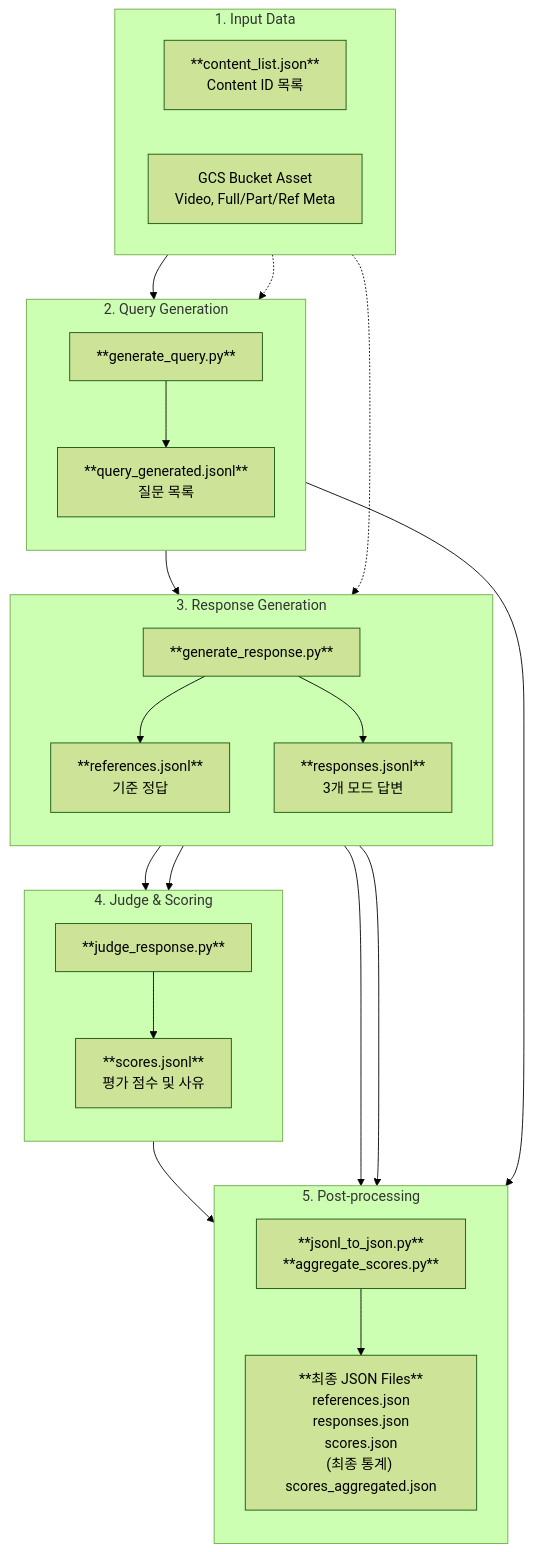
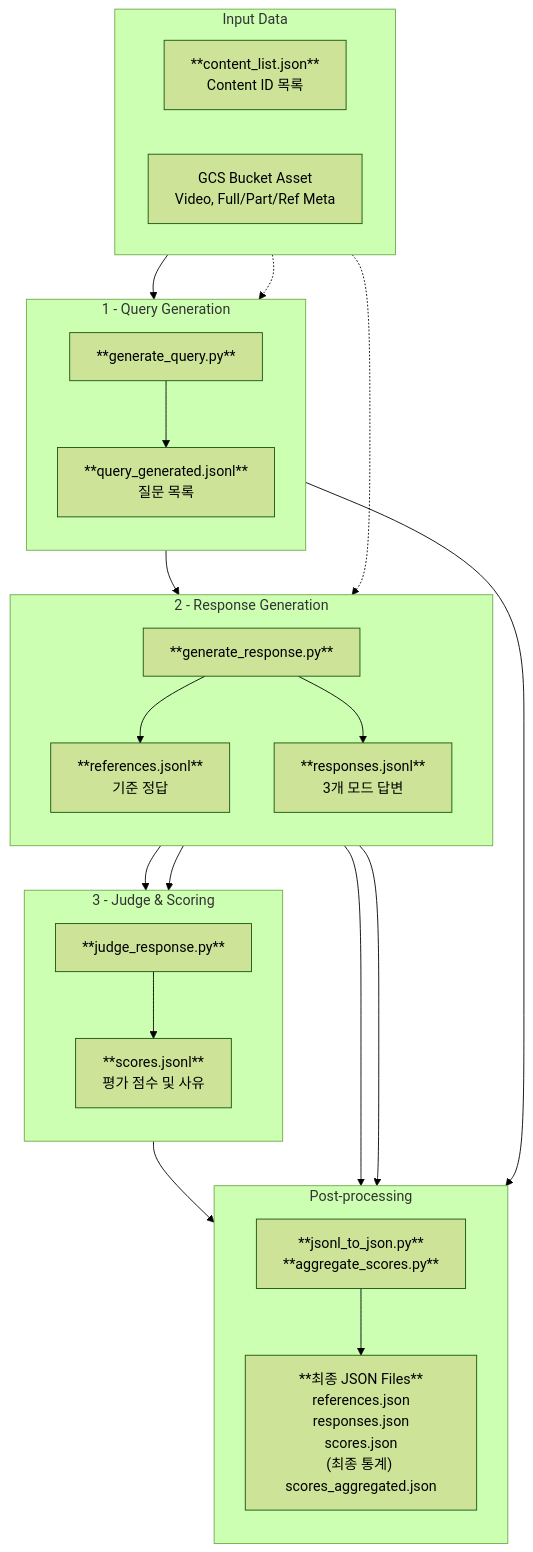
The diagram in README.md (obeychoi0120/LLMJudge), drawn with Mermaid (forest theme) before and after one commit.

````diff
--- a/README.md
+++ b/README.md
@@ -13,52 +13,52 @@
 ```mermaid
 flowchart TD
-    subgraph INPUT["1. Input Data"]
+    subgraph INPUT["Input Data"]
         direction LR
         CL["**content_list.json**<br/>Content ID 목록"]
         GCS["GCS Bucket Asset<br/>Video, Full/Part/Ref Meta"]
     end
 
-    subgraph STEP1["2. Query Generation"]
+    subgraph STEP1["1 - Query Generation"]
         direction TB
         Q_SCRIPT["**generate_query.py**"]
         Q_OUT["**query_generated.jsonl**<br/>질문 목록"]
     end
 
-    subgraph STEP2["3. Response Generation"]
+    subgraph STEP2["2 - Response Generation"]
         direction TB
         R_SCRIPT["**generate_response.py**"]
         R_OUT1["**references.jsonl**<br/>기준 정답"]
         R_OUT2["**responses.jsonl**<br/>3개 모드 답변"]
     end
 
-    subgraph STEP3["4. Judge & Scoring"]
+    subgraph STEP3["3 - Judge & Scoring"]
         direction TB
         J_SCRIPT["**judge_response.py**"]
         J_OUT["**scores.jsonl**<br/>평가 점수 및 사유"]
     end
 
-    subgraph STEP4["5. Post-processing"]
+    subgraph STEP4["Post-processing"]
         direction TB
         A_SCRIPT["**jsonl_to_json.py**<br/>**aggregate_scores.py**"]
         A_OUT["**최종 JSON Files**<br/>references.json<br/>responses.json<br/>scores.json<br/>(최종 통계) scores_aggregated.json"]
     end
 
     CL --> Q_SCRIPT
     GCS -.-> Q_SCRIPT
     Q_SCRIPT --> Q_OUT
     
     Q_OUT --> R_SCRIPT
     GCS -.-> R_SCRIPT
     R_SCRIPT --> R_OUT1
     R_SCRIPT --> R_OUT2
     
     R_OUT1 --> J_SCRIPT
     R_OUT2 --> J_SCRIPT
     J_SCRIPT --> J_OUT
     
     J_OUT --> A_SCRIPT
     Q_OUT --> A_SCRIPT
     R_OUT1 --> A_SCRIPT
     R_OUT2 --> A_SCRIPT
     A_SCRIPT --> A_OUT
 ```
````
